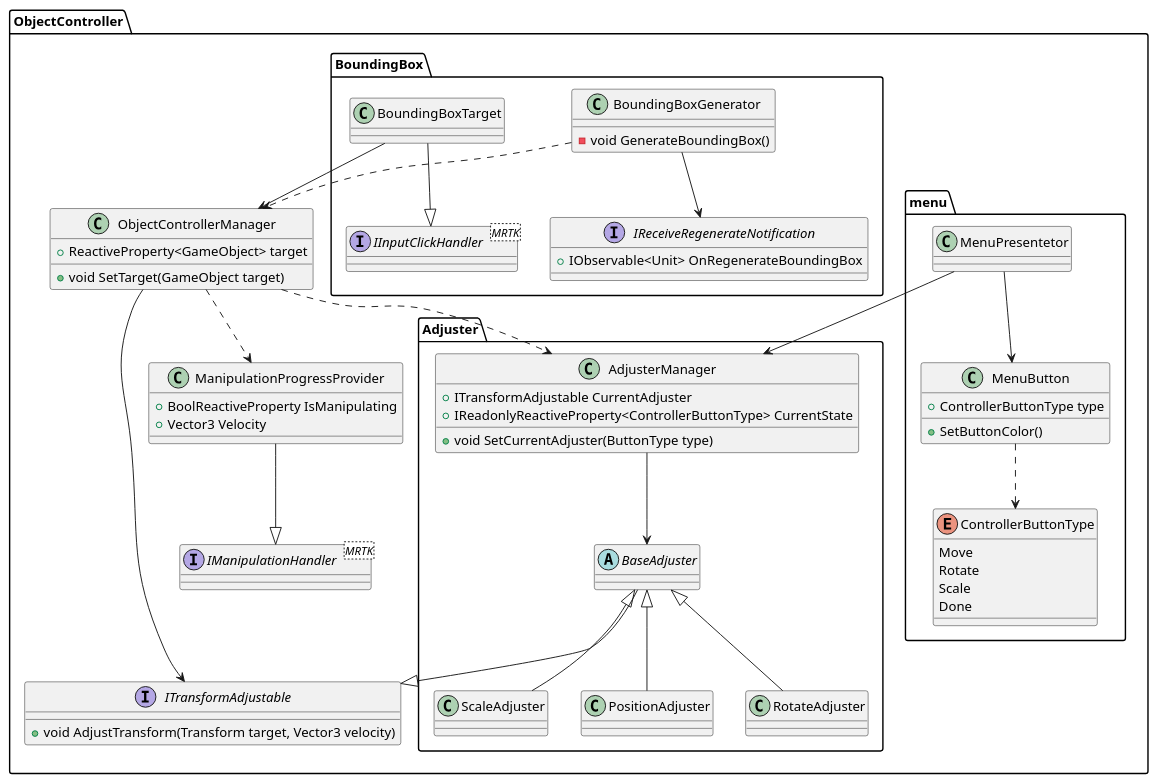
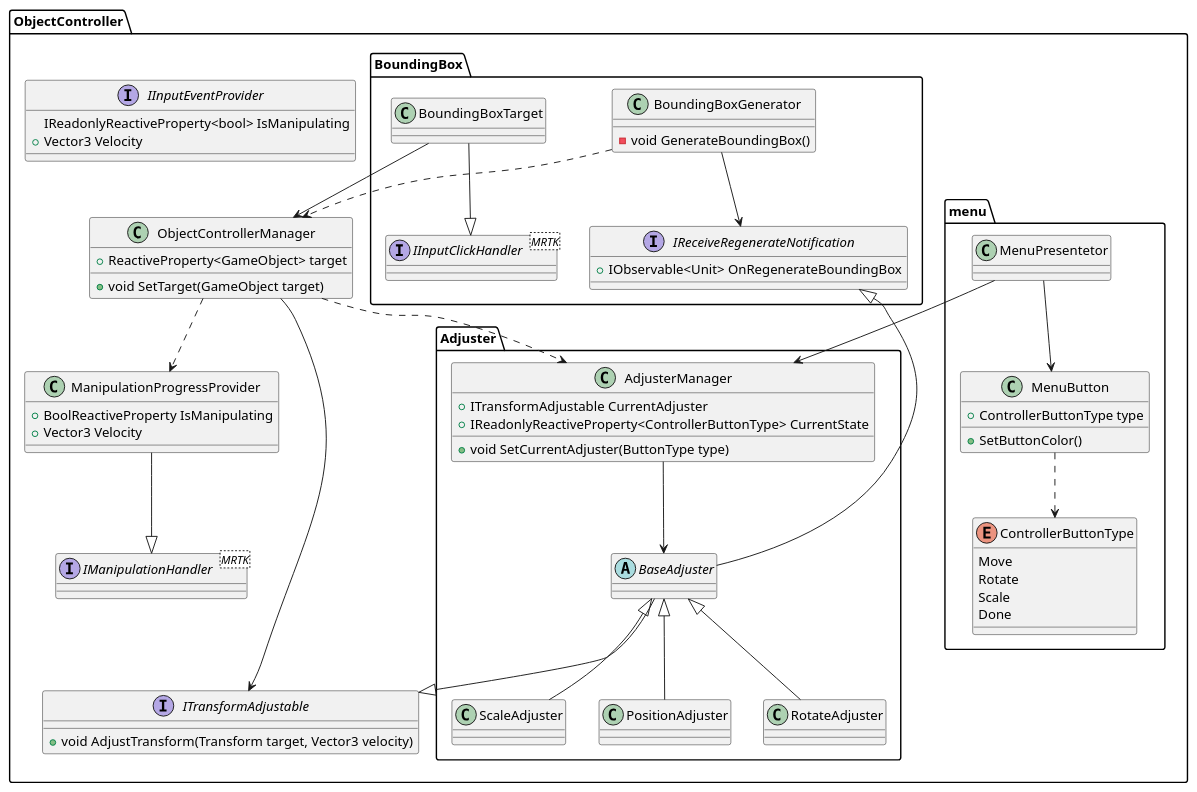
The diagram in ClassDiagram.wsd (dykarohora/ObjectControllerForHololens), drawn with PlantUML before and after one commit. The commit also changed 18 other files, not shown here.

```diff
--- a/ClassDiagram.wsd
+++ b/ClassDiagram.wsd
@@ -1,84 +1,90 @@
 @startuml ObjectController
 
 namespace ObjectController {
     interface ITransformAdjustable {
         +void AdjustTransform(Transform target, Vector3 velocity)
     }
 
     namespace Adjuster {
         abstract class BaseAdjuster
         class PositionAdjuster
         class RotateAdjuster
         class ScaleAdjuster
 
         BaseAdjuster --|> ObjectController.ITransformAdjustable
         BaseAdjuster <|-- PositionAdjuster
         BaseAdjuster <|-- RotateAdjuster
         BaseAdjuster <|-- ScaleAdjuster
 
         class AdjusterManager {
             +ITransformAdjustable CurrentAdjuster
             +IReadonlyReactiveProperty<ControllerButtonType> CurrentState
             +void SetCurrentAdjuster(ButtonType type)
         }
 
         AdjusterManager --> BaseAdjuster
     }
 
     namespace menu {
         class MenuButton{
             +ControllerButtonType type
             +SetButtonColor()
         }
         enum ControllerButtonType{
             Move
             Rotate
             Scale
             Done
         }
         class MenuPresentetor
 
         MenuPresentetor --> MenuButton
         MenuPresentetor --> ObjectController.Adjuster.AdjusterManager
         MenuButton ..> ControllerButtonType
     }
 
     namespace BoundingBox {
 
         class BoundingBoxGenerator {
             -void GenerateBoundingBox()
         }
 
         interface IReceiveRegenerateNotification {
             +IObservable<Unit> OnRegenerateBoundingBox
         }
 
         class BoundingBoxTarget
         interface IInputClickHandler<MRTK>
 
         BoundingBoxTarget --|> IInputClickHandler
         BoundingBoxTarget --> ObjectController.ObjectControllerManager
         BoundingBoxGenerator ..> ObjectController.ObjectControllerManager
         BoundingBoxGenerator --> IReceiveRegenerateNotification
+
+        IReceiveRegenerateNotification <|-- ObjectController.Adjuster.BaseAdjuster
     }
 
     interface IManipulationHandler<MRTK>
+    interface IInputEventProvider{
+        IReadonlyReactiveProperty<bool> IsManipulating
+        +Vector3 Velocity
+    }
     class ManipulationProgressProvider{
         +BoolReactiveProperty IsManipulating
         +Vector3 Velocity
     }
 
     class ObjectControllerManager {
         +ReactiveProperty<GameObject> target
         +void SetTarget(GameObject target)
     }
 
     ManipulationProgressProvider --|> IManipulationHandler
 
     ObjectControllerManager --> ITransformAdjustable
     ObjectControllerManager ..> ObjectController.Adjuster.AdjusterManager
     ObjectControllerManager ..> ManipulationProgressProvider
 
 }
 
 @enduml
```
